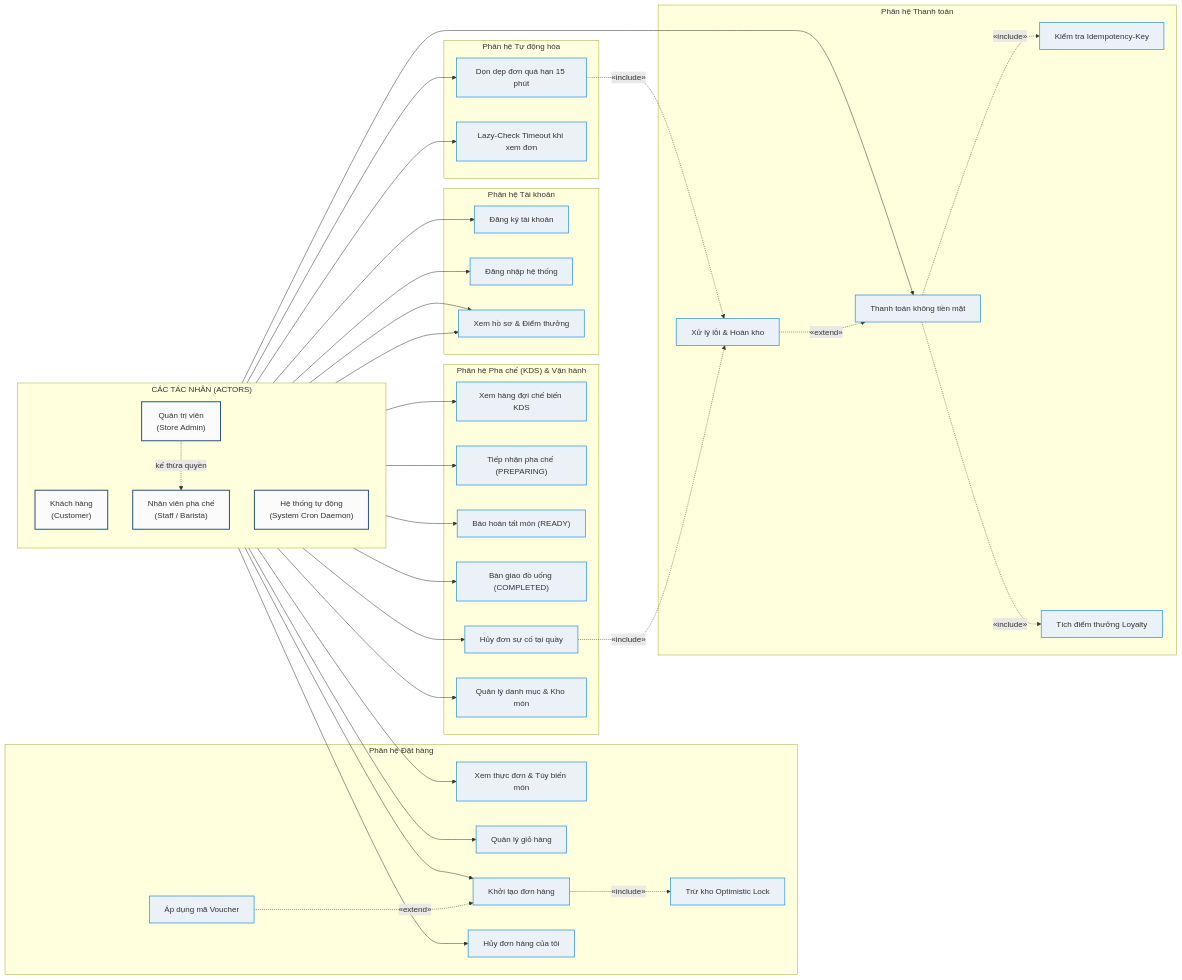
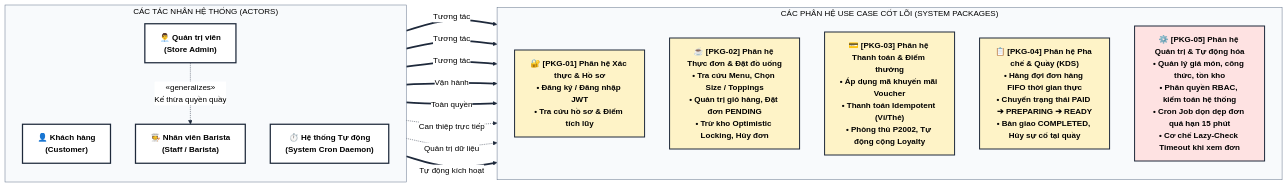
Before and after one commit to ThuanTran260/CNPM-BrewLite: the fourth of 11 diagrams in docs/SYSTEM_ARCHITECTURE_DIAGRAMS.md, drawn with Mermaid. The commit also changed other lines of this file and 27 other files, not shown here.

Commit message:
docs: standardize diagrams with high contrast black text, add 2-tier use case models, svg vector exports and drawio guide

````diff
--- a/docs/SYSTEM_ARCHITECTURE_DIAGRAMS.md
+++ b/docs/SYSTEM_ARCHITECTURE_DIAGRAMS.md
@@ -348,87 +393,57 @@
 ```mermaid
+%%{init: {
+  'theme': 'base',
+  'themeVariables': {
+    'primaryColor': '#e0f2fe',
+    'primaryTextColor': '#000000',
+    'primaryBorderColor': '#1e293b',
+    'lineColor': '#1e293b',
+    'secondaryColor': '#fef3c7',
+    'tertiaryColor': '#ffffff',
+    'edgeLabelBackground':'#ffffff',
+    'clusterBkg':'#f8fafc',
+    'clusterBorder':'#64748b',
+    'fontFamily': 'Segoe UI, Arial, sans-serif'
+  }
+}}%%
 flowchart LR
-    %% Định nghĩa các Actors
-    subgraph ACTORS ["CÁC TÁC NHÂN (ACTORS)"]
+    %% Định nghĩa các lớp màu sắc High-Contrast chữ đen
+    classDef actorNode fill:#ffffff,stroke:#1e293b,stroke-width:2.5px,color:#000000,font-weight:700;
+    classDef pkgNode fill:#fef3c7,stroke:#1e293b,stroke-width:2px,color:#000000,font-weight:600;
+    classDef adminPkg fill:#fee2e2,stroke:#1e293b,stroke-width:2px,color:#000000,font-weight:600;
+
+    %% 4 TÁC NHÂN (ACTORS)
+    subgraph ACTORS ["CÁC TÁC NHÂN HỆ THỐNG (ACTORS)"]
         direction TB
-        ACT_CUSTOMER["Khách hàng<br>(Customer)"]
-        ACT_STAFF["Nhân viên pha chế<br>(Staff / Barista)"]
-        ACT_ADMIN["Quản trị viên<br>(Store Admin)"]
-        ACT_SYSTEM["Hệ thống tự động<br>(System Cron Daemon)"]
+        ACT_CUSTOMER["👤 Khách hàng<br>(Customer)"]:::actorNode
+        ACT_STAFF["🧑‍🍳 Nhân viên Barista<br>(Staff / Barista)"]:::actorNode
+        ACT_ADMIN["👨‍💼 Quản trị viên<br>(Store Admin)"]:::actorNode
+        ACT_CRON["⏱️ Hệ thống Tự động<br>(System Cron Daemon)"]:::actorNode
     end
 
     %% Kế thừa vai trò
-    ACT_ADMIN -.->|"kế thừa quyền"| ACT_STAFF
+    ACT_ADMIN -.->|"«generalizes»<br>Kế thừa quyền quầy"| ACT_STAFF
 
-    %% Phân nhóm chức năng Use Cases
-    subgraph UC_AUTH ["Phân hệ Tài khoản"]
-        UC01["Đăng ký tài khoản"]
-        UC02["Đăng nhập hệ thống"]
-        UC03["Xem hồ sơ & Điểm thưởng"]
+    %% 5 PHÂN HỆ USE CASE CHÍNH (SYSTEM PACKAGES)
+    subgraph PACKAGES ["CÁC PHÂN HỆ USE CASE CỐT LÕI (SYSTEM PACKAGES)"]
+        direction TB
+        PKG_AUTH["🔐 [PKG-01] Phân hệ Xác thực & Hồ sơ<br>• Đăng ký / Đăng nhập JWT<br>• Tra cứu hồ sơ & Điểm tích lũy"]:::pkgNode
+        PKG_ORDER["☕ [PKG-02] Phân hệ Thực đơn & Đặt đồ uống<br>• Tra cứu Menu, Chọn Size / Toppings<br>• Quản trị giỏ hàng, Đặt đơn PENDING<br>• Trừ kho Optimistic Locking, Hủy đơn"]:::pkgNode
+        PKG_PAYMENT["💳 [PKG-03] Phân hệ Thanh toán & Điểm thưởng<br>• Áp dụng mã khuyến mãi Voucher<br>• Thanh toán Idempotent (Ví/Thẻ)<br>• Phòng thủ P2002, Tự động cộng Loyalty"]:::pkgNode
+        PKG_KDS["📋 [PKG-04] Phân hệ Pha chế & Quầy (KDS)<br>• Hàng đợi đơn hàng FIFO thời gian thực<br>• Chuyển trạng thái PAID ➔ PREPARING ➔ READY<br>• Bàn giao COMPLETED, Hủy sự cố tại quầy"]:::pkgNode
+        PKG_ADMIN["⚙️ [PKG-05] Phân hệ Quản trị & Tự động hóa<br>• Quản lý giá món, công thức, tồn kho<br>• Phân quyền RBAC, kiểm toán hệ thống<br>• Cron Job dọn dẹp đơn quá hạn 15 phút<br>• Cơ chế Lazy-Check Timeout khi xem đơn"]:::adminPkg
     end
 
-    subgraph UC_ORDERING ["Phân hệ Đặt hàng"]
-        UC04["Xem thực đơn & Tùy biến món"]
-        UC05["Quản lý giỏ hàng"]
-        UC06["Áp dụng mã Voucher"]
-        UC07["Khởi tạo đơn hàng"]
-        UC08["Trừ kho Optimistic Lock"]
-        UC09["Hủy đơn hàng của tôi"]
-    end
+    %% KẾT NỐI TÁC NHÂN TỚI PHÂN HỆ
+    ACT_CUSTOMER ==>|"Tương tác"| PKG_AUTH
+    ACT_CUSTOMER ==>|"Tương tác"| PKG_ORDER
+    ACT_CUSTOMER ==>|"Tương tác"| PKG_PAYMENT
 
-    subgraph UC_PAYMENT ["Phân hệ Thanh toán"]
-        UC10["Thanh toán không tiền mặt"]
-        UC11["Kiểm tra Idempotency-Key"]
-        UC12["Xử lý lỗi & Hoàn kho"]
-        UC13["Tích điểm thưởng Loyalty"]
-    end
+    ACT_STAFF ==>|"Vận hành"| PKG_KDS
 
-    subgraph UC_FULFILLMENT ["Phân hệ Pha chế (KDS) & Vận hành"]
-        UC14["Xem hàng đợi chế biến KDS"]
-        UC15["Tiếp nhận pha chế (PREPARING)"]
-        UC16["Báo hoàn tất món (READY)"]
-        UC17["Bàn giao đồ uống (COMPLETED)"]
-        UC18["Hủy đơn sự cố tại quầy"]
-        UC19["Quản lý danh mục & Kho món"]
-    end
+    ACT_ADMIN ==>|"Toàn quyền"| PKG_ADMIN
+    ACT_ADMIN -.->|"Can thiệp trực tiếp"| PKG_KDS
+    ACT_ADMIN -.->|"Quản trị dữ liệu"| PKG_ORDER
 
-    subgraph UC_SYSTEM ["Phân hệ Tự động hóa"]
-        UC20["Dọn dẹp đơn quá hạn 15 phút"]
-        UC21["Lazy-Check Timeout khi xem đơn"]
-    end
-
-    %% Quan hệ Actor -> Use Case
-    ACT_CUSTOMER --> UC01
-    ACT_CUSTOMER --> UC02
-    ACT_CUSTOMER --> UC03
-    ACT_CUSTOMER --> UC04
-    ACT_CUSTOMER --> UC05
-    ACT_CUSTOMER --> UC07
-    ACT_CUSTOMER --> UC09
-    ACT_CUSTOMER --> UC10
-
-    ACT_STAFF --> UC14
-    ACT_STAFF --> UC15
-    ACT_STAFF --> UC16
-    ACT_STAFF --> UC17
-    ACT_STAFF --> UC18
-
-    ACT_ADMIN --> UC19
-    ACT_ADMIN --> UC03
-
-    ACT_SYSTEM --> UC20
-    ACT_SYSTEM --> UC21
-
-    %% Quan hệ Include & Extend (Chuẩn UML 2.5: Mũi tên extend đi từ Extension Use Case tới Base Use Case)
-    UC07 -.->|"«include»"| UC08
-    UC06 -.->|"«extend»"| UC07
-    UC10 -.->|"«include»"| UC11
-    UC10 -.->|"«include»"| UC13
-    UC12 -.->|"«extend»"| UC10
-    UC18 -.->|"«include»"| UC12
-    UC20 -.->|"«include»"| UC12
-
-    classDef actorNode fill:#fbfbfb,stroke:#2b547e,stroke-width:2px;
-    classDef ucNode fill:#eaf2f8,stroke:#3498db,stroke-width:1.5px;
-    class ACT_CUSTOMER,ACT_STAFF,ACT_ADMIN,ACT_SYSTEM actorNode;
-    class UC01,UC02,UC03,UC04,UC05,UC06,UC07,UC08,UC09,UC10,UC11,UC12,UC13,UC14,UC15,UC16,UC17,UC18,UC19,UC20,UC21 ucNode;
+    ACT_CRON ==>|"Tự động kích hoạt"| PKG_ADMIN
 ```
````
